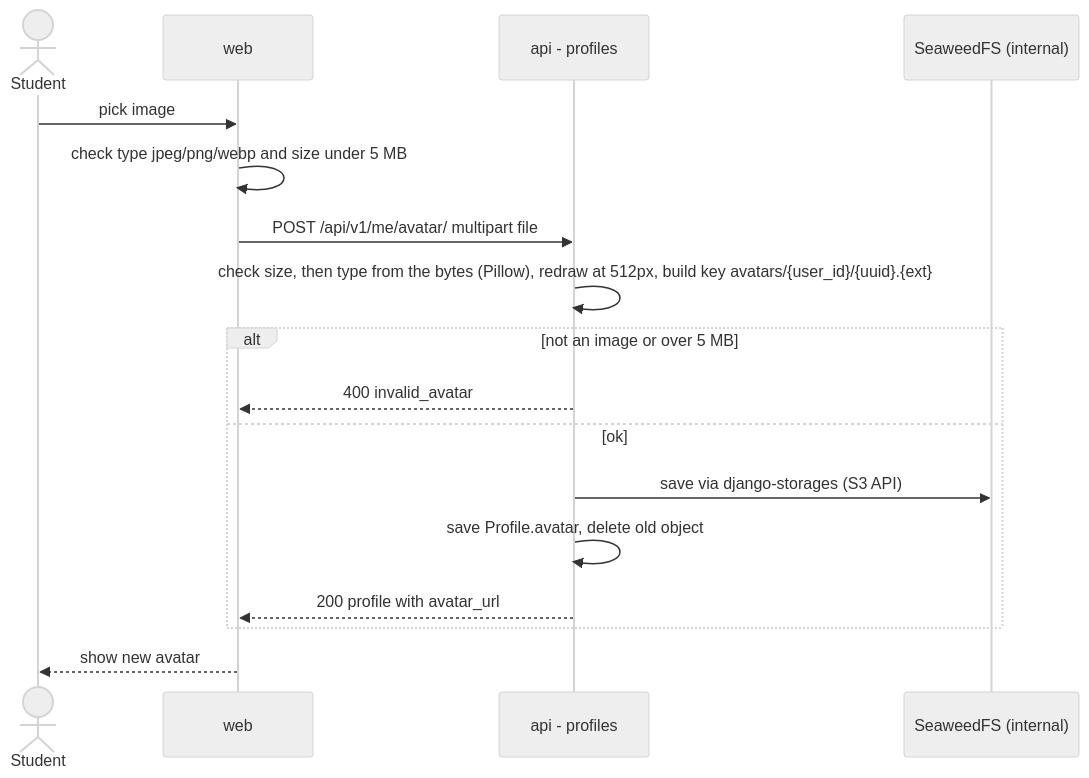
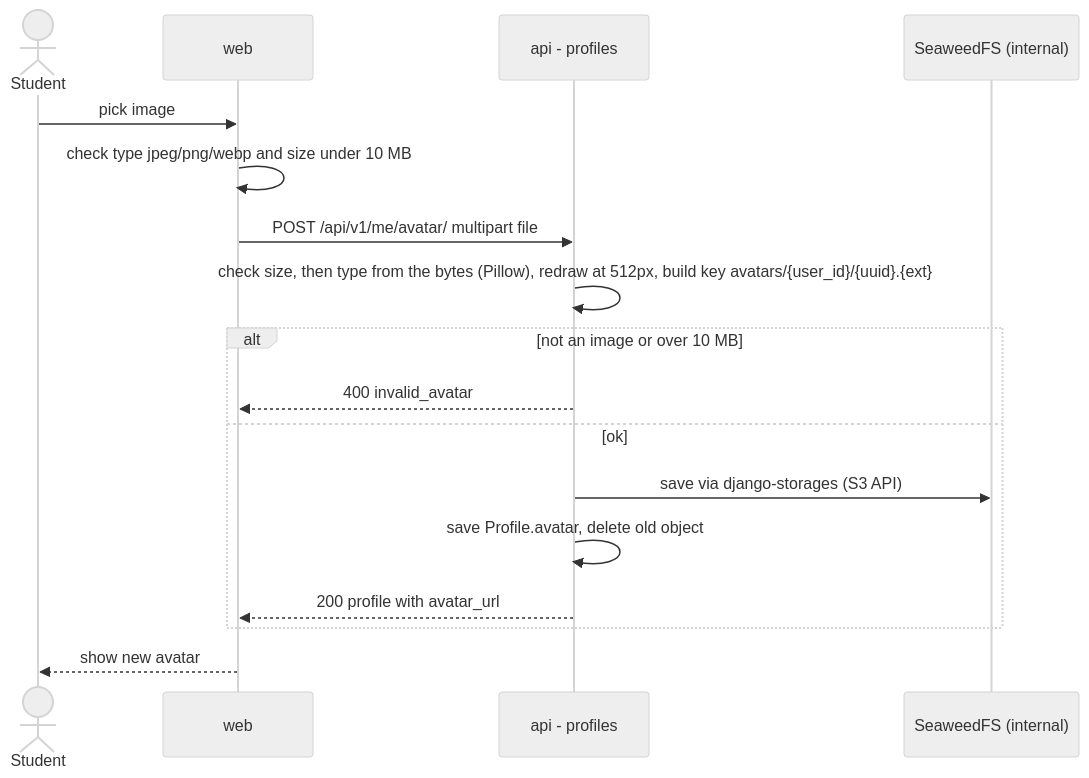
One commit to season101/teammatch changed the sixth of 6 diagrams in docs/architecture/flows.md. Above: the diagram before and after it, drawn with Mermaid (neutral theme). The commit also changed 11 other files, not shown here.

````diff
--- a/docs/architecture/flows.md
+++ b/docs/architecture/flows.md
@@ -210,20 +210,20 @@
 ```mermaid
 sequenceDiagram
     actor U as Student
     participant W as web
     participant A as api - profiles
     participant S as SeaweedFS (internal)
 
     U->>W: pick image
-    W->>W: check type jpeg/png/webp and size under 5 MB
+    W->>W: check type jpeg/png/webp and size under 10 MB
     W->>A: POST /api/v1/me/avatar/ multipart file
     A->>A: check size, then type from the bytes (Pillow), redraw at 512px, build key avatars/{user_id}/{uuid}.{ext}
-    alt not an image or over 5 MB
+    alt not an image or over 10 MB
         A-->>W: 400 invalid_avatar
     else ok
         A->>S: save via django-storages (S3 API)
         A->>A: save Profile.avatar, delete old object
         A-->>W: 200 profile with avatar_url
     end
     W-->>U: show new avatar
 ```
````
